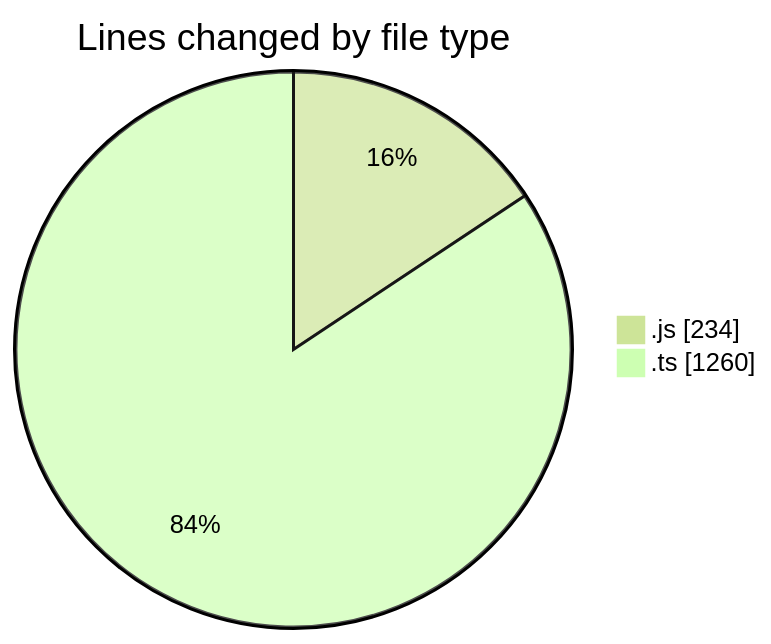
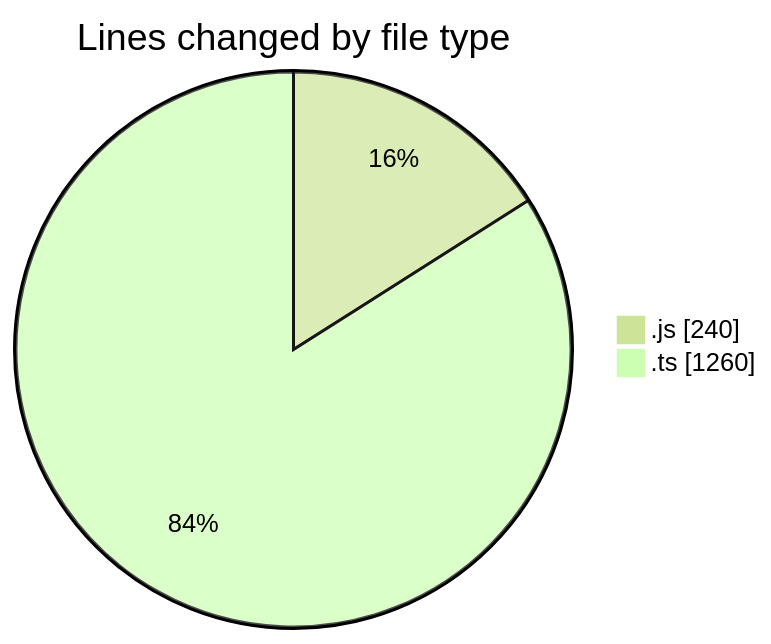
One commit to momahboobian/code-tracking changed the first of 2 diagrams in 2025-05-29/cda/README.md. Above: the diagram before and after it, drawn with Mermaid (forest theme). The commit also changed other lines of this file and 1 other file, not shown here.

````diff
--- a/2025-05-29/cda/README.md
+++ b/2025-05-29/cda/README.md
@@ -22,6 +22,6 @@
 ```mermaid
 pie showData
 title Lines changed by file type
-".js" : 234
+".js" : 240
 ".ts" : 1260
 ```
````
